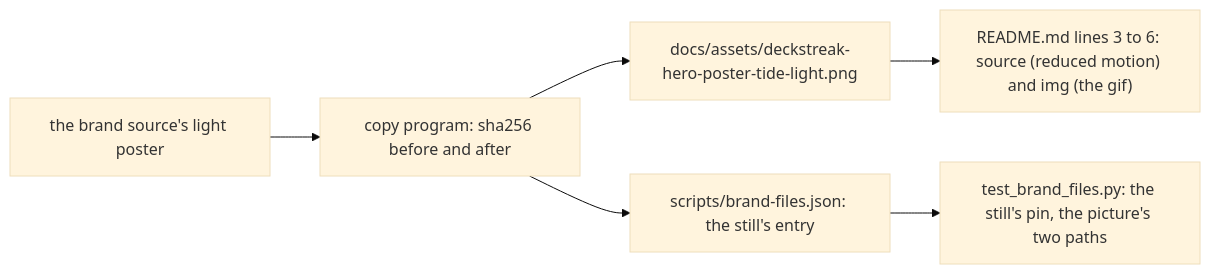
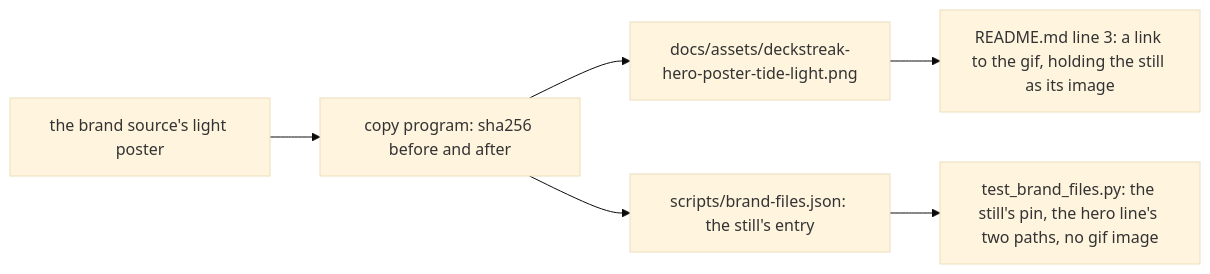
Before and after one commit to RexRenatus/deck-streak: the third of 3 diagrams in docs/schematics/brand-files.md, drawn with Mermaid (base theme). The commit also changed other lines of this file and 6 other files, not shown here.

Commit message:
docs(identity): the README hero becomes a still linked to the animation

````diff
--- a/docs/schematics/brand-files.md
+++ b/docs/schematics/brand-files.md
@@ -60,8 +61,8 @@
 ```mermaid
 flowchart LR
   POSTER["the brand source's light poster"] --> COPY["copy program: sha256 before and after"]
   COPY --> STILL["docs/assets/deckstreak-hero-poster-tide-light.png"]
   COPY --> LIST["scripts/brand-files.json: the still's entry"]
-  STILL --> PICTURE["README.md lines 3 to 6: source (reduced motion) and img (the gif)"]
-  LIST --> CENSUS["test_brand_files.py: the still's pin, the picture's two paths"]
+  STILL --> HERO["README.md line 3: a link to the gif, holding the still as its image"]
+  LIST --> CENSUS["test_brand_files.py: the still's pin, the hero line's two paths, no gif image"]
 ```
````
